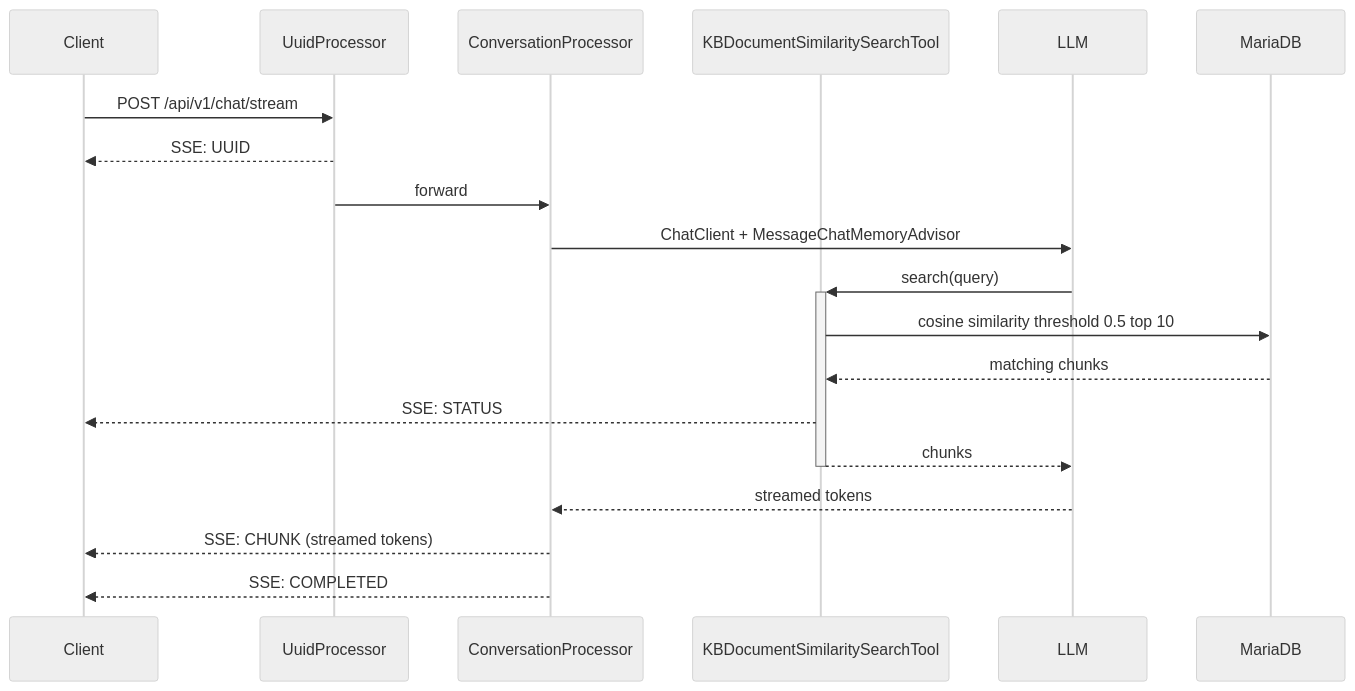
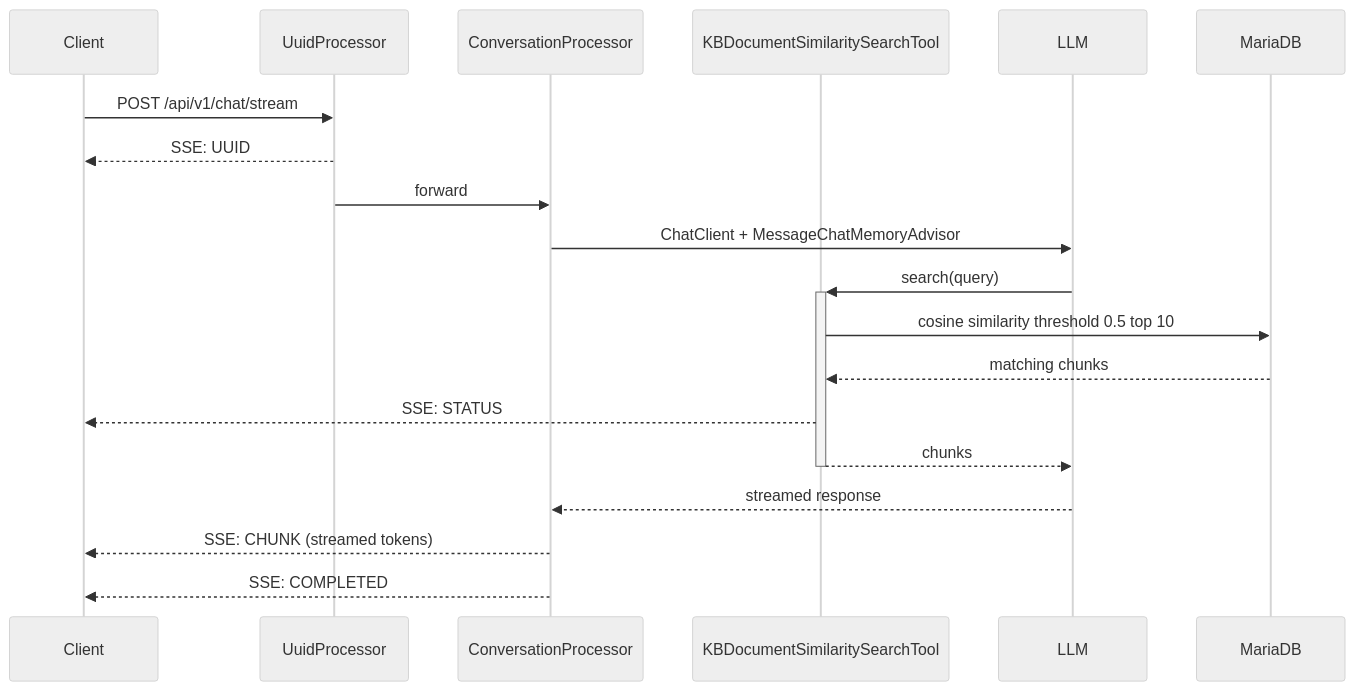
The third of 3 diagrams in docs/ARCHITECTURE.md (ExMachinaSAGL/cosmo42-open), drawn with Mermaid (neutral theme) before and after one commit. The commit also changed 2 other files, not shown here.

Commit message:
chore: update docs with default values for environment variables and improve examples

````diff
--- a/docs/ARCHITECTURE.md
+++ b/docs/ARCHITECTURE.md
@@ -67,22 +67,22 @@
 ```mermaid
 sequenceDiagram
     participant C as Client
     participant U as UuidProcessor
     participant CP as ConversationProcessor
     participant T as KBDocumentSimilaritySearchTool
     participant LLM as LLM
     participant DB as MariaDB
 
     C->>U: POST /api/v1/chat/stream
     U-->>C: SSE: UUID
     U->>CP: forward
     CP->>LLM: ChatClient + MessageChatMemoryAdvisor
     LLM->>+T: search(query)
     T->>DB: cosine similarity  threshold 0.5  top 10
     DB-->>T: matching chunks
     T-->>C: SSE: STATUS
     T-->>-LLM: chunks
-    LLM-->>CP: streamed tokens
+    LLM-->>CP: streamed response
     CP-->>C: SSE: CHUNK (streamed tokens)
     CP-->>C: SSE: COMPLETED
 ```
````
